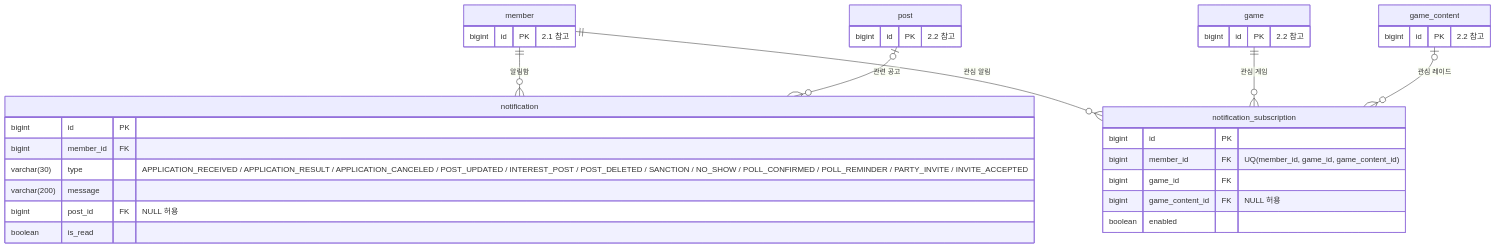
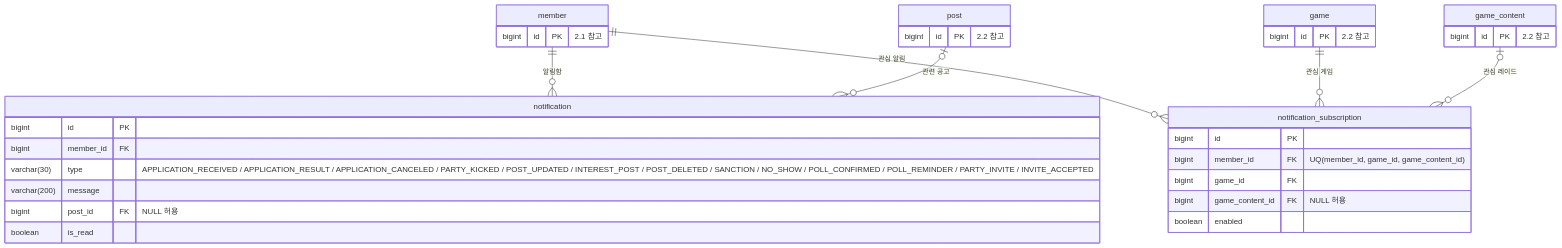
Before and after one commit to likelion-backendschool-11st/basic-project-2team: the sixth of 7 diagrams in docs/04-erd.md, drawn with Mermaid. The commit also changed other lines of this file and 31 other files, not shown here.

````diff
--- a/docs/04-erd.md
+++ b/docs/04-erd.md
@@ -428,41 +428,41 @@
 ```mermaid
 erDiagram
     member ||--o{ notification : "알림함"
     post |o--o{ notification : "관련 공고"
     member ||--o{ notification_subscription : "관심 알림"
     game ||--o{ notification_subscription : "관심 게임"
     game_content |o--o{ notification_subscription : "관심 레이드"
 
     notification {
         bigint id PK
         bigint member_id FK
-        varchar(30) type "APPLICATION_RECEIVED / APPLICATION_RESULT / APPLICATION_CANCELED / POST_UPDATED / INTEREST_POST / POST_DELETED / SANCTION / NO_SHOW / POLL_CONFIRMED / POLL_REMINDER / PARTY_INVITE / INVITE_ACCEPTED"
+        varchar(30) type "APPLICATION_RECEIVED / APPLICATION_RESULT / APPLICATION_CANCELED / PARTY_KICKED / POST_UPDATED / INTEREST_POST / POST_DELETED / SANCTION / NO_SHOW / POLL_CONFIRMED / POLL_REMINDER / PARTY_INVITE / INVITE_ACCEPTED"
         varchar(200) message
         bigint post_id FK "NULL 허용"
         boolean is_read
     }
 
     notification_subscription {
         bigint id PK
         bigint member_id FK "UQ(member_id, game_id, game_content_id)"
         bigint game_id FK
         bigint game_content_id FK "NULL 허용"
         boolean enabled
     }
 
     member {
         bigint id PK "2.1 참고"
     }
 
     post {
         bigint id PK "2.2 참고"
     }
 
     game {
         bigint id PK "2.2 참고"
     }
 
     game_content {
         bigint id PK "2.2 참고"
     }
 ```
````
